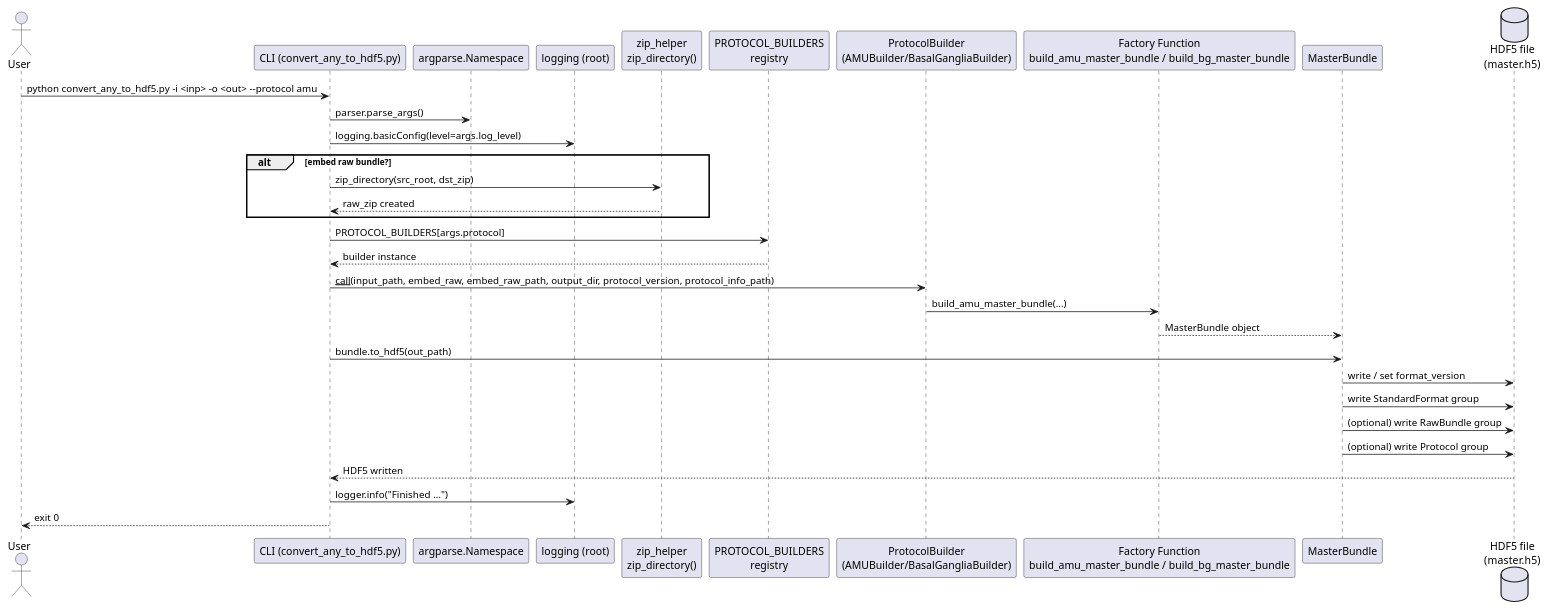
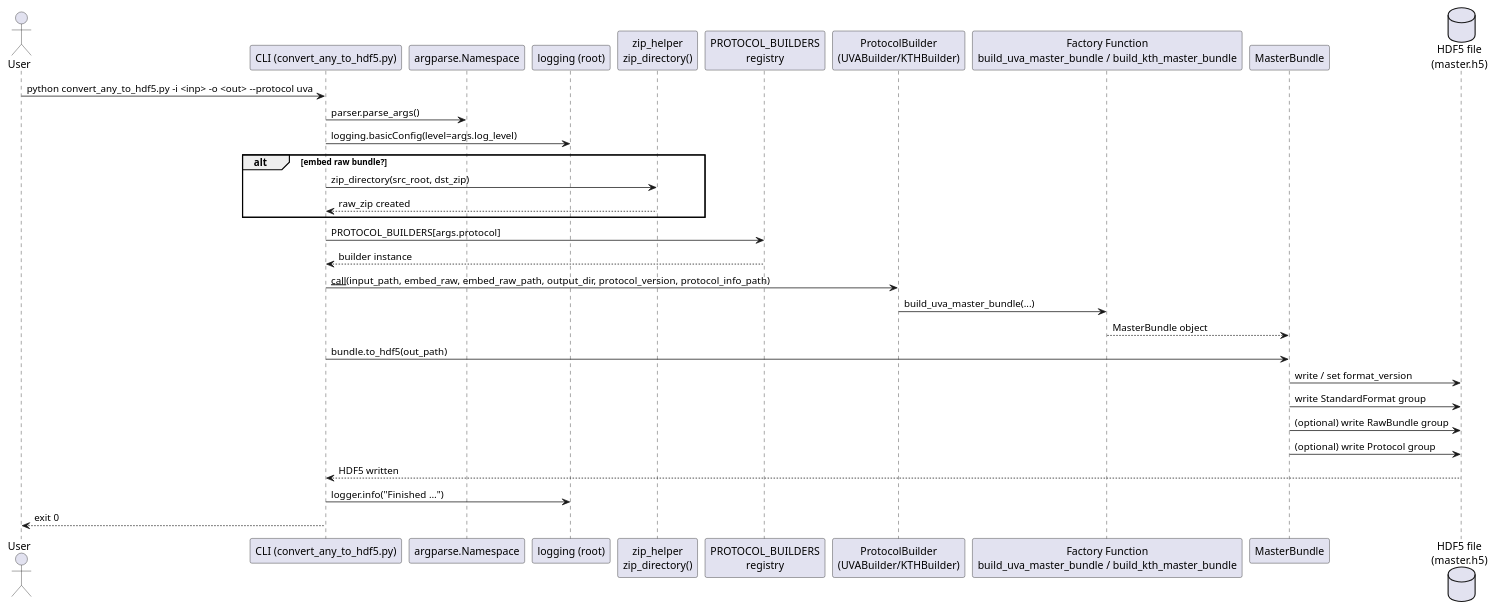
Before and after one commit to virtual-brain-twins/vbt-converter: the diagram in docs/sd_directory_to_hdf5.puml, drawn with PlantUML. The commit also changed 31 other files, not shown here.

```diff
--- a/docs/sd_directory_to_hdf5.puml
+++ b/docs/sd_directory_to_hdf5.puml
@@ -1,33 +1,33 @@
 @startuml sd_directory_to_hdf5
 actor User as u
 participant "CLI (convert_any_to_hdf5.py)" as cli
 participant "argparse.Namespace" as args
 participant "logging (root)" as rootlog
 participant "zip_helper\nzip_directory()" as zipper
 participant "PROTOCOL_BUILDERS\nregistry" as registry
-participant "ProtocolBuilder\n(AMUBuilder/BasalGangliaBuilder)" as builder
-participant "Factory Function\nbuild_amu_master_bundle / build_bg_master_bundle" as factory
+participant "ProtocolBuilder\n(UVABuilder/KTHBuilder)" as builder
+participant "Factory Function\nbuild_uva_master_bundle / build_kth_master_bundle" as factory
 participant "MasterBundle" as bundle
 database "HDF5 file\n(master.h5)" as h5file
 
-u -> cli : python convert_any_to_hdf5.py -i <inp> -o <out> --protocol amu
+u -> cli : python convert_any_to_hdf5.py -i <inp> -o <out> --protocol uva
 cli -> args : parser.parse_args()
 cli -> rootlog : logging.basicConfig(level=args.log_level)
 alt embed raw bundle?
     cli -> zipper : zip_directory(src_root, dst_zip)
     zipper --> cli : raw_zip created
 end
 cli -> registry : PROTOCOL_BUILDERS[args.protocol]
 registry --> cli : builder instance
 cli -> builder : __call__(input_path, embed_raw, embed_raw_path, output_dir, protocol_version, protocol_info_path)
-builder -> factory : build_amu_master_bundle(...)
+builder -> factory : build_uva_master_bundle(...)
 factory --> bundle : MasterBundle object
 cli -> bundle : bundle.to_hdf5(out_path)
 bundle -> h5file : write / set format_version
 bundle -> h5file : write StandardFormat group
 bundle -> h5file : (optional) write RawBundle group
 bundle -> h5file : (optional) write Protocol group
 h5file --> cli : HDF5 written
 cli -> rootlog : logger.info("Finished …")
 cli --> u : exit 0
 @enduml
```
